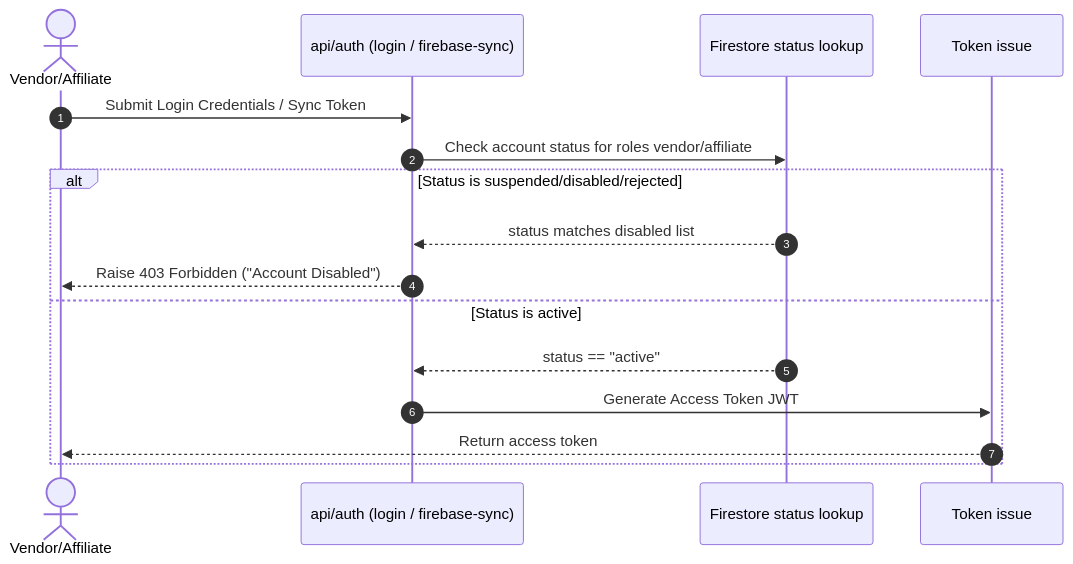
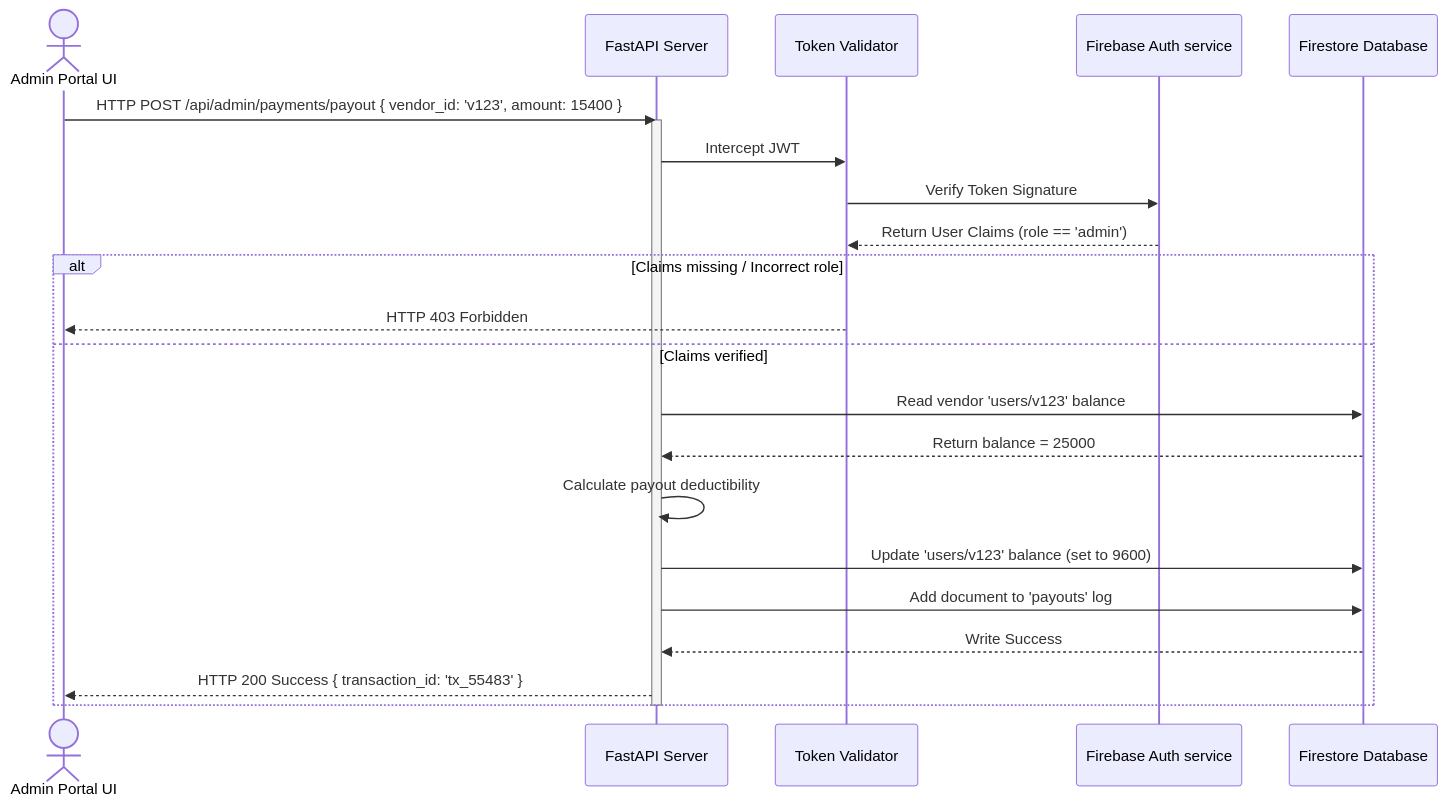
One commit to samruddhidurge05/lumora changed the second of 3 diagrams in docs/ADMIN_BACKEND_FLOW.md. Above: the diagram before and after it, drawn with Mermaid. The commit also changed other lines of this file and 15 other files, not shown here.

````diff
--- a/docs/ADMIN_BACKEND_FLOW.md
+++ b/docs/ADMIN_BACKEND_FLOW.md
@@ -94,19 +52,27 @@
 ```mermaid
 sequenceDiagram
-    autonumber
-    actor User as Vendor/Affiliate
-    participant Auth as api/auth (login / firebase-sync)
-    participant FS as Firestore status lookup
-    participant API as Token issue
+    actor Admin as Admin Portal UI
+    participant Server as FastAPI Server
+    participant Middleware as Token Validator
+    participant Auth as Firebase Auth service
+    participant Firestore as Firestore Database
 
-    User->>Auth: Submit Login Credentials / Sync Token
-    Auth->>FS: Check account status for roles vendor/affiliate
-    alt Status is suspended/disabled/rejected
-        FS-->>Auth: status matches disabled list
-        Auth-->>User: Raise 403 Forbidden ("Account Disabled")
-    else Status is active
-        FS-->>Auth: status == "active"
-        Auth->>API: Generate Access Token JWT
-        API-->>User: Return access token
+    Admin->>Server: HTTP POST /api/admin/payments/payout { vendor_id: 'v123', amount: 15400 }
+    activate Server
+    Server->>Middleware: Intercept JWT
+    Middleware->>Auth: Verify Token Signature
+    Auth-->>Middleware: Return User Claims (role == 'admin')
+    
+    alt Claims missing / Incorrect role
+        Middleware-->>Admin: HTTP 403 Forbidden
+    else Claims verified
+        Server->>Firestore: Read vendor 'users/v123' balance
+        Firestore-->>Server: Return balance = 25000
+        Server->>Server: Calculate payout deductibility
+        Server->>Firestore: Update 'users/v123' balance (set to 9600)
+        Server->>Firestore: Add document to 'payouts' log
+        Firestore-->>Server: Write Success
+        Server-->>Admin: HTTP 200 Success { transaction_id: 'tx_55483' }
     end
+    deactivate Server
 ```
````
